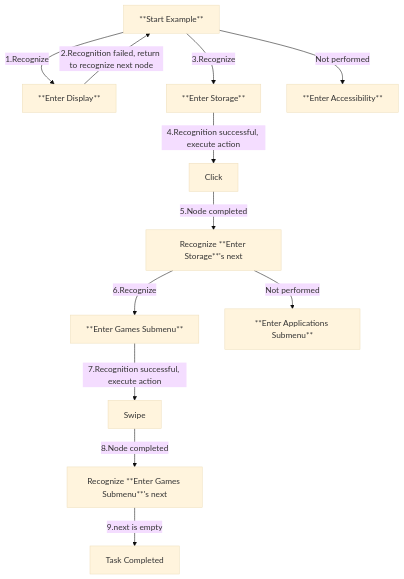
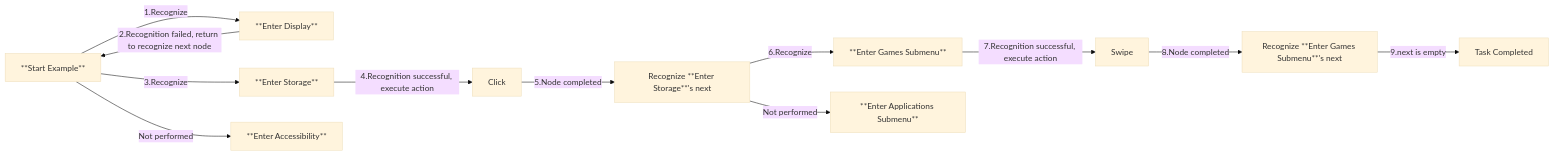
The first of 4 diagrams in docs/en_us/3.1-PipelineProtocol.md (MaaXYZ/MaaFramework), drawn with Mermaid (base theme) before and after one commit. The commit also changed other lines of this file and 1 other file, not shown here.

First line of the commit message:
docs: 将流程图方向从 TB（上到下）改为 LR（左到右）

````diff
--- a/docs/en_us/3.1-PipelineProtocol.md
+++ b/docs/en_us/3.1-PipelineProtocol.md
@@ -100,14 +100,14 @@
 ```mermaid
-    graph TB
+    graph LR
         A[**Start Example**] -->|1.Recognize| B[**Enter Display**]
         B -->|2.Recognition failed, return to recognize next node| A
         A -->|3.Recognize| C[**Enter Storage**]
         A -->|Not performed| ZA[**Enter Accessibility**]
         C -->|4.Recognition successful, execute action| D[Click]
         D -->|5.Node completed| E[Recognize **Enter Storage**'s next]
         E -->|6.Recognize| F[**Enter Games Submenu**]
         E -->|Not performed| G[**Enter Applications Submenu**]
         F -->|7.Recognition successful, execute action| I[Swipe]
         I -->|8.Node completed| J[Recognize **Enter Games Submenu**'s next]
         J -->|9.next is empty| H[Task Completed]
 ```
````
